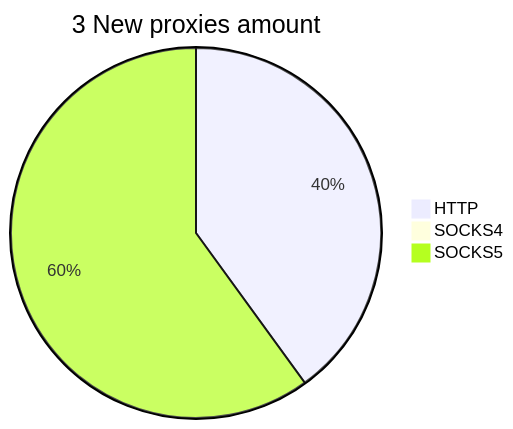
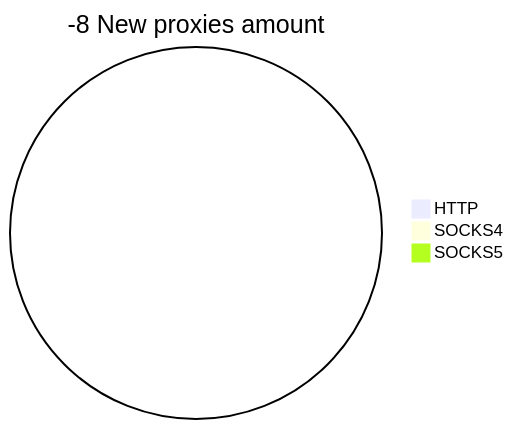
Before and after one commit to cutipu/proxylist: the second of 2 diagrams in README.md, drawn with Mermaid. The commit also changed other lines of this file, not shown here.

````diff
--- a/README.md
+++ b/README.md
@@ -10,6 +10,6 @@
 ```mermaid
-pie title 3 New proxies amount
-    "HTTP" : 2
+pie title -8 New proxies amount
+    "HTTP" : 0
     "SOCKS4" : 0
-    "SOCKS5" : 3
+    "SOCKS5" : 0
 ```
````
